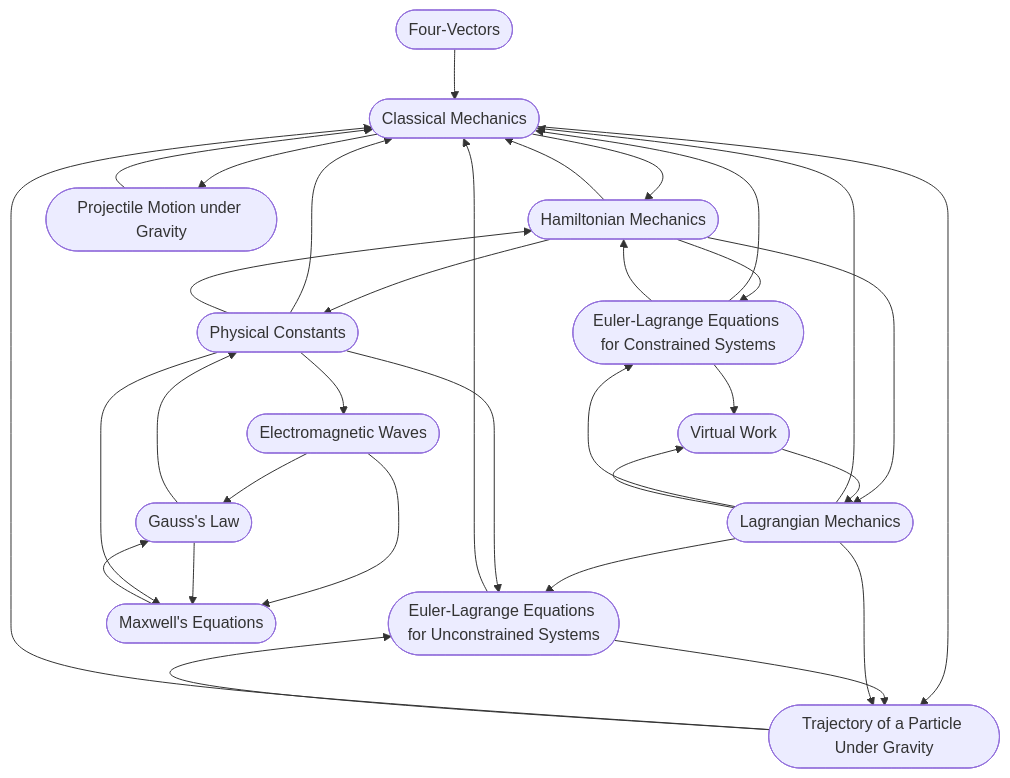
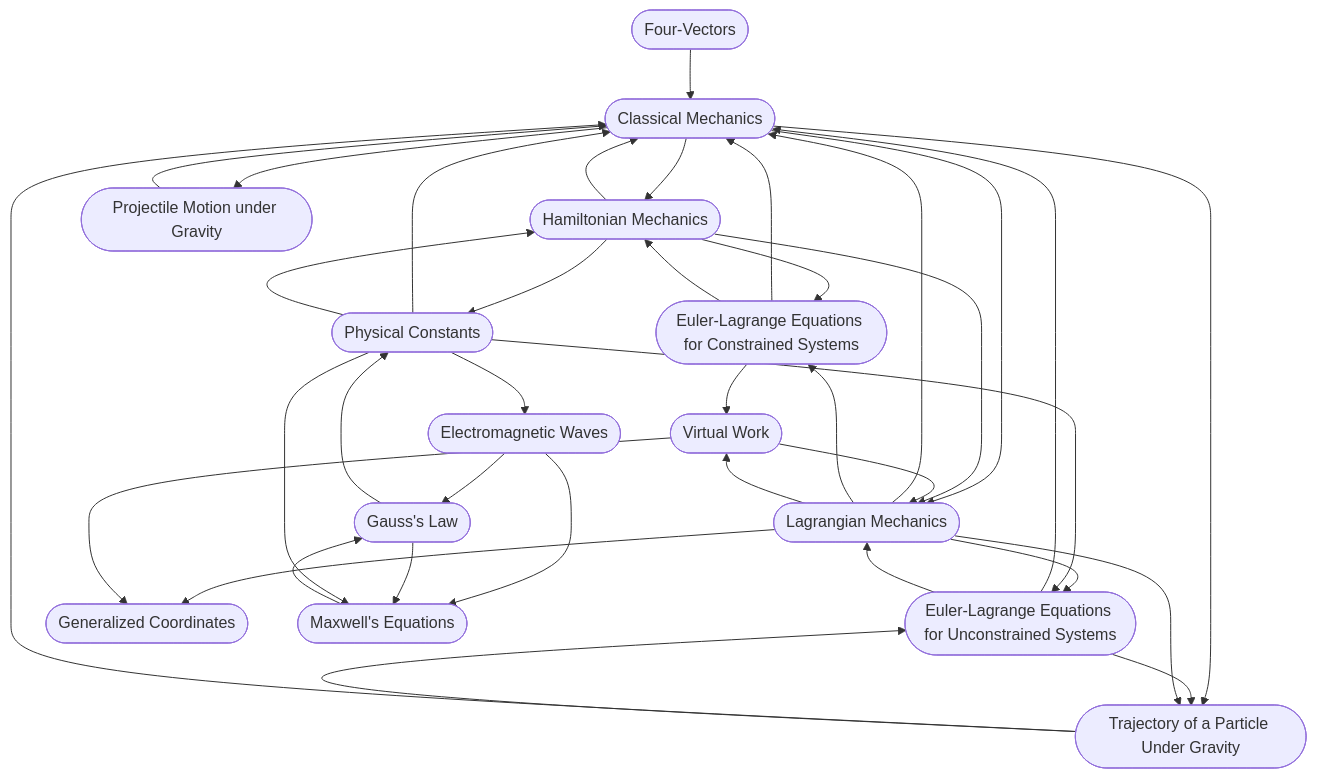
Before and after one commit to Aaravshah2907/Physics-KB: the diagram in KNOWLEDGE_GRAPH.md, drawn with Mermaid. The commit also changed 10 other files, not shown here.

````diff
--- a/KNOWLEDGE_GRAPH.md
+++ b/KNOWLEDGE_GRAPH.md
@@ -3,48 +3,53 @@
 ```mermaid
 graph TD
   classical_mechanics([Classical Mechanics])
   electromagnetic_waves([Electromagnetic Waves])
   eulerlagrange_equations_for_constrained_systems([Euler-Lagrange Equations for Constrained Systems])
   eulerlagrange_equations_for_unconstrained_systems([Euler-Lagrange Equations for Unconstrained Systems])
   four_vectors([Four-Vectors])
   gauss_law([Gauss's Law])
+  generalized_coordinates([Generalized Coordinates])
   hamiltonian_mechanics([Hamiltonian Mechanics])
   lagrangian_mechanics([Lagrangian Mechanics])
   maxwell_s_equations([Maxwell's Equations])
   physical_constants([Physical Constants])
   projectile_motion([Projectile Motion under Gravity])
   trajectory_under_gravity([Trajectory of a Particle Under Gravity])
   virtual_work([Virtual Work])
   classical_mechanics --> hamiltonian_mechanics
+  classical_mechanics --> lagrangian_mechanics
   classical_mechanics --> projectile_motion
   classical_mechanics --> trajectory_under_gravity
   electromagnetic_waves --> gauss_law
   electromagnetic_waves --> maxwell_s_equations
   eulerlagrange_equations_for_constrained_systems --> classical_mechanics
   eulerlagrange_equations_for_constrained_systems --> hamiltonian_mechanics
   eulerlagrange_equations_for_constrained_systems --> virtual_work
   eulerlagrange_equations_for_unconstrained_systems --> classical_mechanics
+  eulerlagrange_equations_for_unconstrained_systems --> lagrangian_mechanics
   eulerlagrange_equations_for_unconstrained_systems --> trajectory_under_gravity
   four_vectors --> classical_mechanics
   gauss_law --> maxwell_s_equations
   gauss_law --> physical_constants
   hamiltonian_mechanics --> classical_mechanics
   hamiltonian_mechanics --> eulerlagrange_equations_for_constrained_systems
   hamiltonian_mechanics --> lagrangian_mechanics
   hamiltonian_mechanics --> physical_constants
   lagrangian_mechanics --> classical_mechanics
   lagrangian_mechanics --> eulerlagrange_equations_for_constrained_systems
   lagrangian_mechanics --> eulerlagrange_equations_for_unconstrained_systems
+  lagrangian_mechanics --> generalized_coordinates
   lagrangian_mechanics --> trajectory_under_gravity
   lagrangian_mechanics --> virtual_work
   maxwell_s_equations --> gauss_law
   physical_constants --> classical_mechanics
   physical_constants --> electromagnetic_waves
   physical_constants --> eulerlagrange_equations_for_unconstrained_systems
   physical_constants --> hamiltonian_mechanics
   physical_constants --> maxwell_s_equations
   projectile_motion --> classical_mechanics
   trajectory_under_gravity --> classical_mechanics
   trajectory_under_gravity --> eulerlagrange_equations_for_unconstrained_systems
+  virtual_work --> generalized_coordinates
   virtual_work --> lagrangian_mechanics
 ```
````
